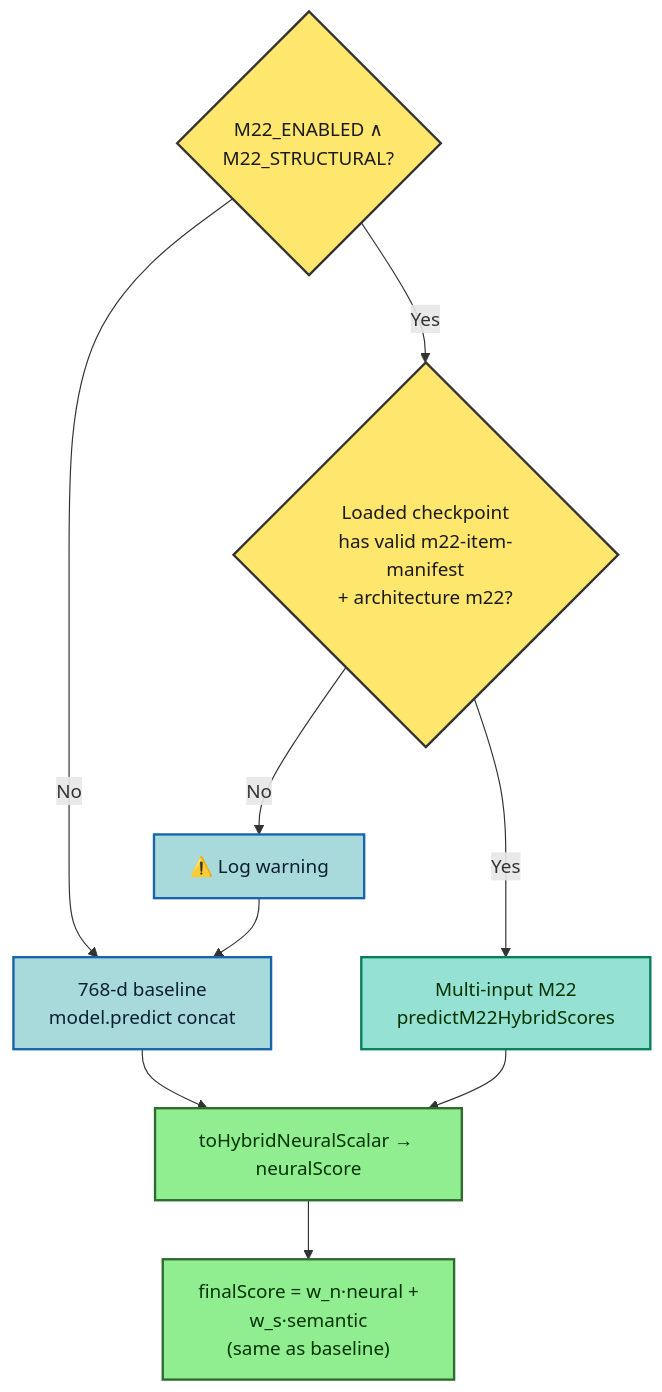
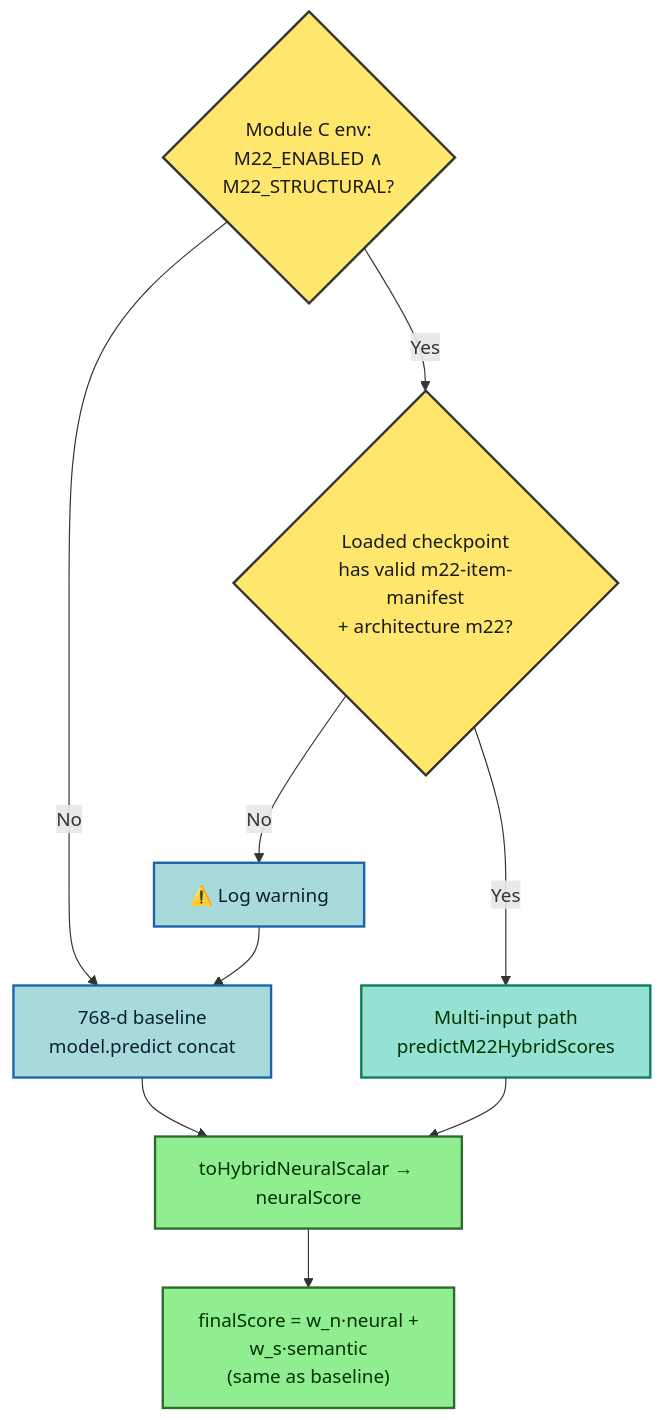
One commit to gabrielgrillorosa/smart-marketplace-recommender changed the ninth of 16 diagrams in README.md. Above: the diagram before and after it, drawn with Mermaid. The commit also changed other lines of this file and 1 other file, not shown here.

First line of the commit message:
docs: self-contained READMEs without .specs; Module C replaces M22 narrative

````diff
--- a/README.md
+++ b/README.md
@@ -648,21 +664,21 @@
 ```mermaid
 flowchart TD
-  Q1{"M22_ENABLED ∧\nM22_STRUCTURAL?"}
+  Q1{"Module C env:\nM22_ENABLED ∧\nM22_STRUCTURAL?"}
   Q1 -->|No| P768["768-d baseline\nmodel.predict concat"]
   Q1 -->|Yes| Q2{"Loaded checkpoint\nhas valid m22-item-manifest\n+ architecture m22?"}
   Q2 -->|No| WARN["⚠️ Log warning"] --> P768
-  Q2 -->|Yes| PM22["Multi-input M22\npredictM22HybridScores"]
+  Q2 -->|Yes| PM22["Multi-input path\npredictM22HybridScores"]
   P768 --> HYB["toHybridNeuralScalar → neuralScore"]
   PM22 --> HYB
   HYB --> FIN["finalScore = w_n·neural +\nw_s·semantic\n(same as baseline)"]
 
   classDef q fill:#FFE66D,stroke:#333,stroke-width:2px,color:#1a1a1a
   classDef base fill:#A8DADC,stroke:#1864AB,stroke-width:2px,color:#0B1F33
   classDef m22 fill:#95E1D3,stroke:#087F5B,stroke-width:2px,color:#003300
   classDef out fill:#90EE90,stroke:#2F6B2F,stroke-width:2px,color:#003300
 
   class Q1,Q2 q
   class P768,WARN base
   class PM22 m22
   class HYB,FIN out
 ```
````
